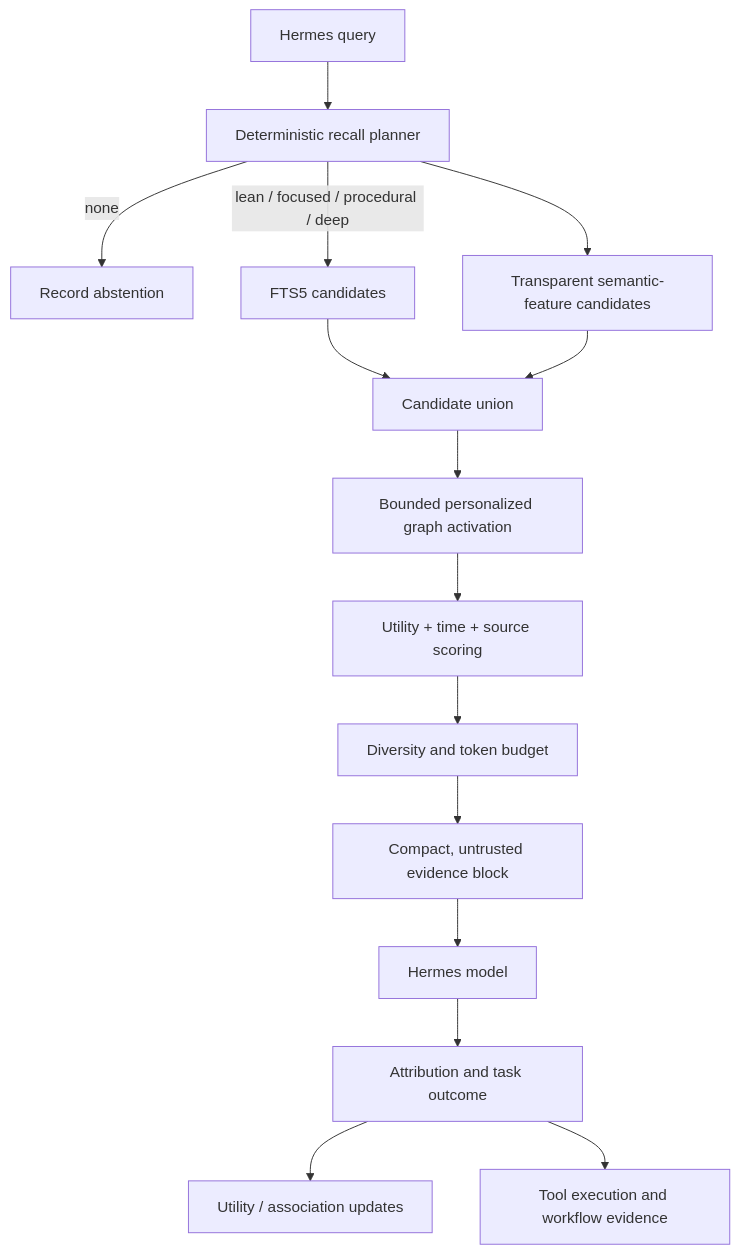
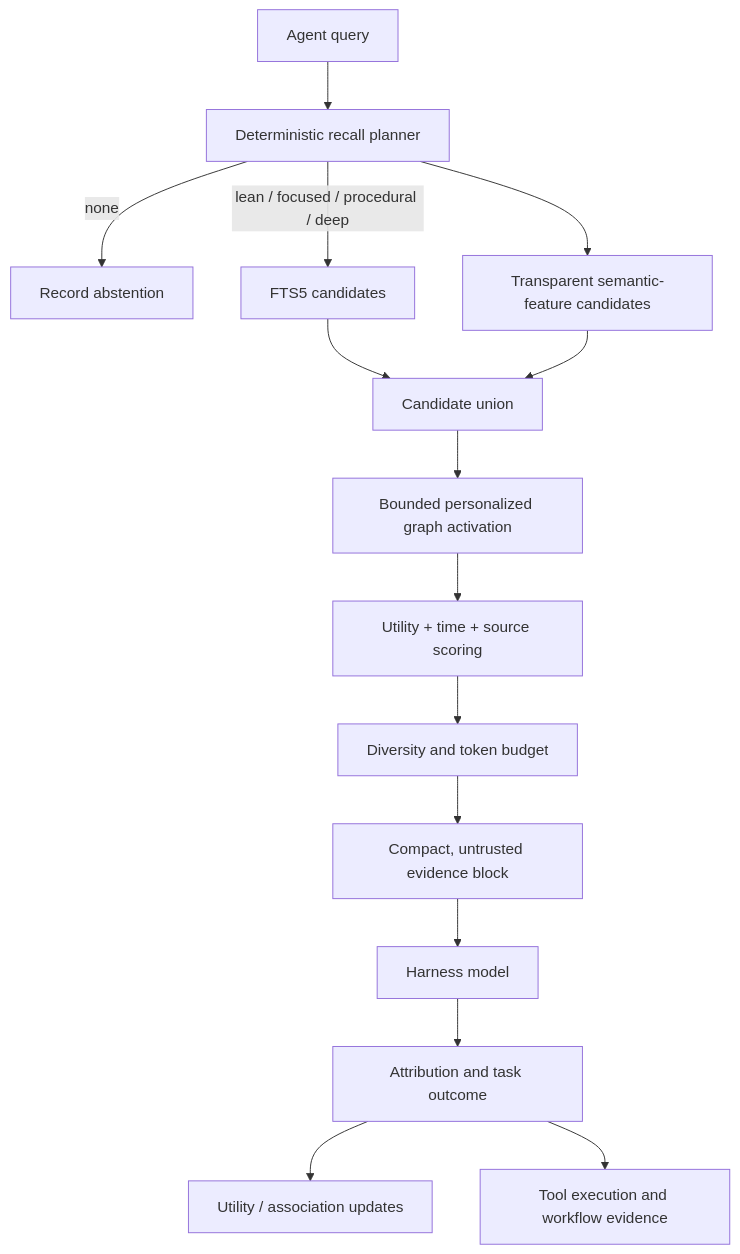
One commit to jacobycoffin/cortex-memory changed the diagram in docs/ARCHITECTURE.md. Above: the diagram before and after it, drawn with Mermaid. The commit also changed other lines of this file and 34 other files, not shown here.

````diff
--- a/docs/ARCHITECTURE.md
+++ b/docs/ARCHITECTURE.md
@@ -17,17 +18,17 @@
 ```mermaid
 flowchart TD
-    A["Hermes query"] --> B["Deterministic recall planner"]
+    A["Agent query"] --> B["Deterministic recall planner"]
     B -->|"none"| C["Record abstention"]
     B -->|"lean / focused / procedural / deep"| D["FTS5 candidates"]
     B --> D2["Transparent semantic-feature candidates"]
     D --> E["Candidate union"]
     D2 --> E
     E --> F["Bounded personalized graph activation"]
     F --> G["Utility + time + source scoring"]
     G --> H["Diversity and token budget"]
     H --> I["Compact, untrusted evidence block"]
-    I --> J["Hermes model"]
+    I --> J["Harness model"]
     J --> K["Attribution and task outcome"]
     K --> L["Utility / association updates"]
     K --> M["Tool execution and workflow evidence"]
 ```
````
